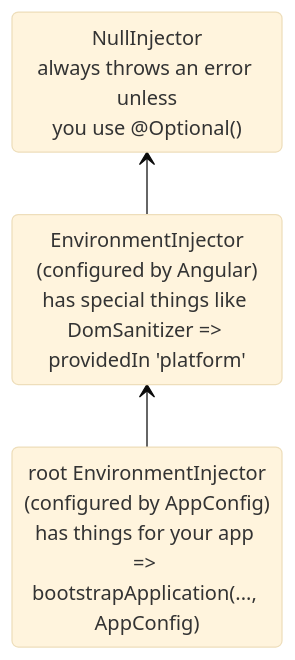
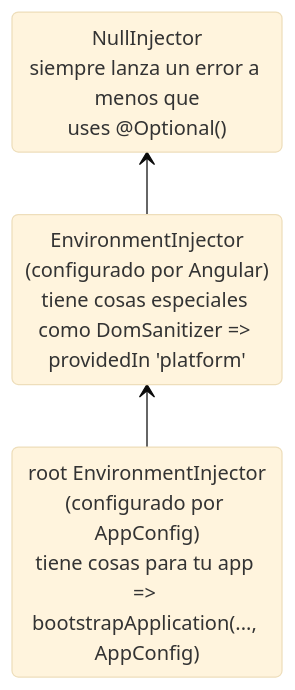
One commit to angular-hispano/angular-docs-es changed the first of 3 diagrams in adev-es/src/content/guide/di/hierarchical-dependency-injection.md. Above: the diagram before and after it, drawn with Mermaid (base theme). The commit also changed other lines of this file and 16 other files, not shown here.

````diff
--- a/adev-es/src/content/guide/di/hierarchical-dependency-injection.md
+++ b/adev-es/src/content/guide/di/hierarchical-dependency-injection.md
@@ -95,10 +95,10 @@
 ```mermaid
 stateDiagram-v2
-    elementInjector: EnvironmentInjector<br>(configured by Angular)<br>has special things like DomSanitizer => providedIn 'platform'
-    rootInjector: root EnvironmentInjector<br>(configured by AppConfig)<br>has things for your app => bootstrapApplication(..., AppConfig)
-    nullInjector: NullInjector<br>always throws an error unless<br>you use @Optional()
+    elementInjector: EnvironmentInjector<br>(configurado por Angular)<br>tiene cosas especiales como DomSanitizer => providedIn 'platform'
+    rootInjector: root EnvironmentInjector<br>(configurado por AppConfig)<br>tiene cosas para tu app => bootstrapApplication(..., AppConfig)
+    nullInjector: NullInjector<br>siempre lanza un error a menos que<br>uses @Optional()
 
     direction BT
     rootInjector --> elementInjector
     elementInjector --> nullInjector
 ```
````
